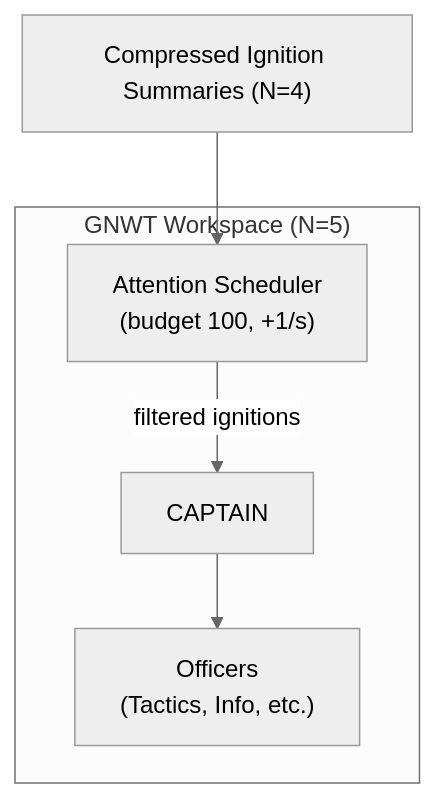
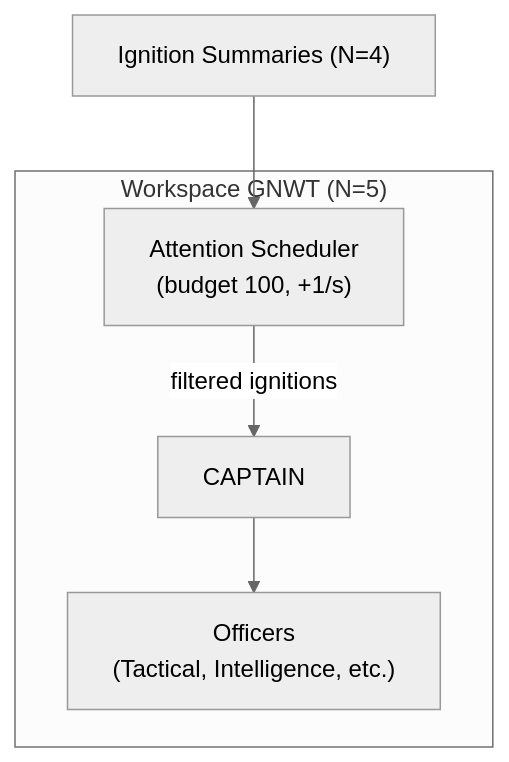
One commit to AlainCo/GNWT-Garrigue-X-en changed the fifth of 8 diagrams in architecture/architecture.md. Above: the diagram before and after it, drawn with Mermaid (neutral theme). The commit also changed other lines of this file and 22 other files, not shown here.

````diff
--- a/architecture/architecture.md
+++ b/architecture/architecture.md
@@ -99,12 +100,12 @@
 ```mermaid
 flowchart TD
-    subgraph Workspace ["GNWT Workspace (N=5)"]
+    subgraph Workspace ["Workspace GNWT (N=5)"]
         Sched["Attention Scheduler\n(budget 100, +1/s)"]
-        Captain["CAPTAIN"]
-        Officers["Officers\n(Tactics, Info, etc.)"]
+        Capitaine["CAPTAIN"]
+        Officiers["Officers\n(Tactical, Intelligence, etc.)"]
     end
 
-    SubN4["Compressed Ignition Summaries (N=4)"] --> Sched
-    Sched -->|"filtered ignitions"| Captain
-    Captain --> Officers
+    N4["Ignition Summaries (N=4)"] --> Sched
+    Sched -->|"filtered ignitions"| Capitaine
+    Capitaine --> Officiers
 ```
````
